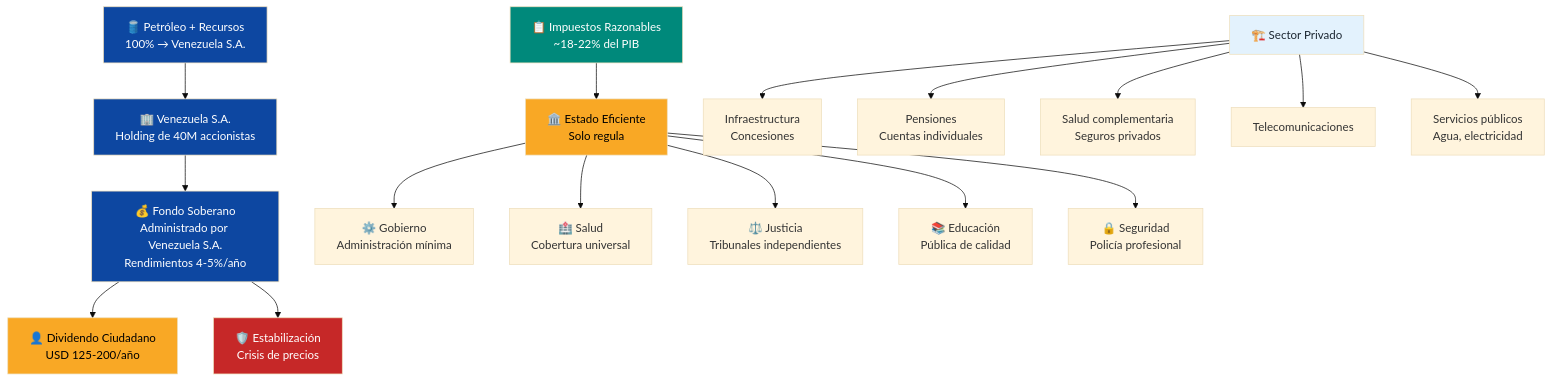
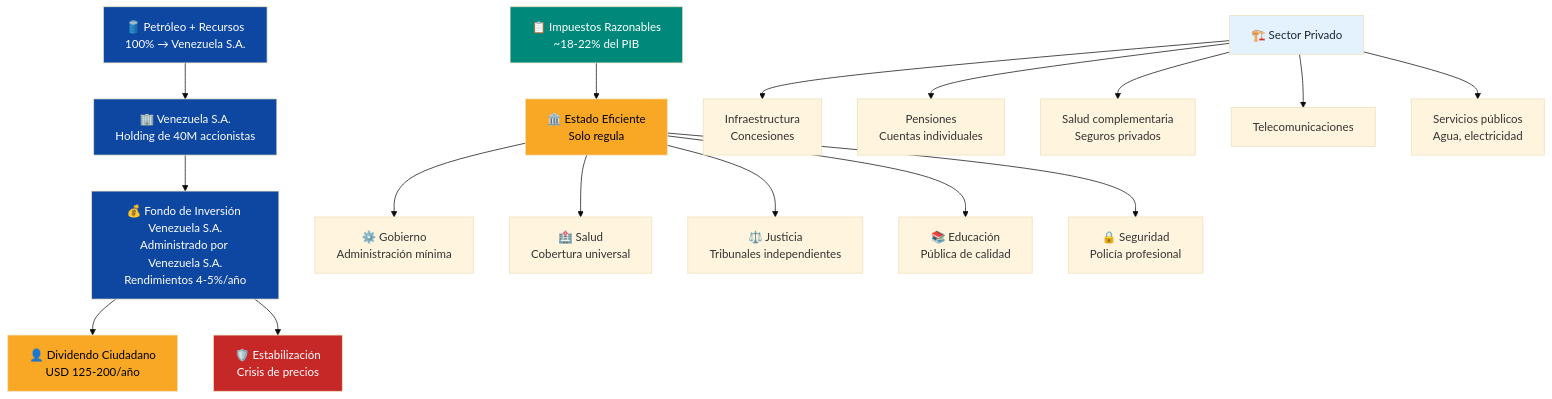
The first of 15 diagrams in docs/04-gobernanza/modelo-estado.md (Venezuela-S-A/venezuela-sa), drawn with Mermaid (base theme) before and after one commit. The commit also changed other lines of this file and 33 other files, not shown here.

First line of the commit message:
refactor: rename 'fondo soberano' to 'Fondo de Inversión Venezuela S.A.'

````diff
--- a/docs/04-gobernanza/modelo-estado.md
+++ b/docs/04-gobernanza/modelo-estado.md
@@ -29,27 +29,27 @@
 ```mermaid
 flowchart TD
     OIL["🛢️ Petróleo + Recursos<br/>100% → Venezuela S.A."] --> VSA["🏢 Venezuela S.A.<br/>Holding de 40M accionistas"]
-    VSA --> FUND["💰 Fondo Soberano<br/>Administrado por Venezuela S.A.<br/>Rendimientos 4-5%/año"]
+    VSA --> FUND["💰 Fondo de Inversión Venezuela S.A.<br/>Administrado por Venezuela S.A.<br/>Rendimientos 4-5%/año"]
     TAX["📋 Impuestos Razonables<br/>~18-22% del PIB"] --> STATE["🏛️ Estado Eficiente<br/>Solo regula"]
     FUND --> DIV["👤 Dividendo Ciudadano<br/>USD 125-200/año"]
     FUND --> STAB["🛡️ Estabilización<br/>Crisis de precios"]
     STATE --> S1["⚙️ Gobierno<br/>Administración mínima"]
     STATE --> S2["🏥 Salud<br/>Cobertura universal"]
     STATE --> S3["⚖️ Justicia<br/>Tribunales independientes"]
     STATE --> S4["📚 Educación<br/>Pública de calidad"]
     STATE --> S5["🔒 Seguridad<br/>Policía profesional"]
     PRIV["🏗️ Sector Privado"] --> I1["Infraestructura<br/>Concesiones"]
     PRIV --> I2["Pensiones<br/>Cuentas individuales"]
     PRIV --> I3["Salud complementaria<br/>Seguros privados"]
     PRIV --> I4["Telecomunicaciones"]
     PRIV --> I5["Servicios públicos<br/>Agua, electricidad"]
 
     style OIL fill:#0D47A1,color:#fff
     style VSA fill:#0D47A1,color:#fff
     style TAX fill:#00897B,color:#fff
     style STATE fill:#F9A825,color:#000
     style FUND fill:#0D47A1,color:#fff
     style PRIV fill:#E3F2FD,color:#1B2631
     style DIV fill:#F9A825,color:#000
     style STAB fill:#C62828,color:#fff
 ```
````
